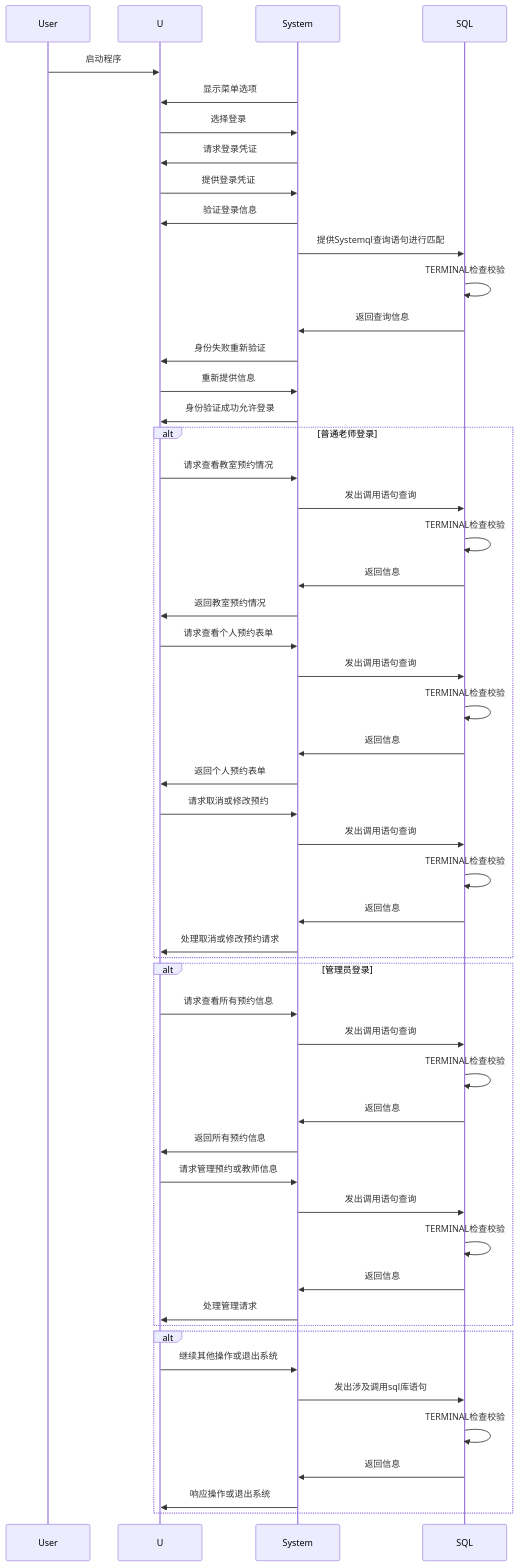
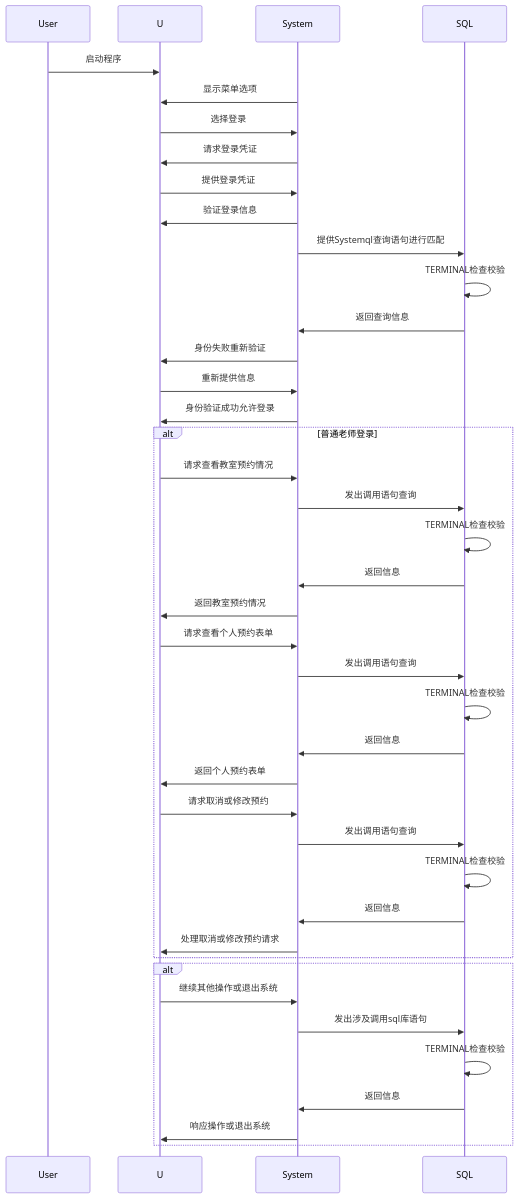
The first of 2 diagrams in README.md (Eternalcommunists/ClassroomBookingSys), drawn with Mermaid before and after one commit. The commit also changed other lines of this file, not shown here.

````diff
--- a/README.md
+++ b/README.md
@@ -15,54 +15,42 @@
 ```mermaid
 sequenceDiagram
 
 
     User->>U: 启动程序
     System->>U: 显示菜单选项
     U->>System: 选择登录
     System->>U: 请求登录凭证
 
     U->>System: 提供登录凭证
     System->>U: 验证登录信息
     System->>SQL:提供Systemql查询语句进行匹配
     SQL->>SQL:TERMINAL检查校验
     SQL->>System:返回查询信息
     System->>U: 身份失败重新验证
     U->>System:重新提供信息
     System->>U: 身份验证成功允许登录
     alt 普通老师登录
         U->>System: 请求查看教室预约情况
         System->>SQL:发出调用语句查询
         SQL->>SQL:TERMINAL检查校验
         SQL->>System:返回信息
         System->>U: 返回教室预约情况
         U->>System: 请求查看个人预约表单
         System->>SQL:发出调用语句查询
         SQL->>SQL:TERMINAL检查校验
         SQL->>System:返回信息
         System->>U: 返回个人预约表单
         U->>System: 请求取消或修改预约
         System->>SQL:发出调用语句查询
         SQL->>SQL:TERMINAL检查校验
         SQL->>System:返回信息
         System->>U: 处理取消或修改预约请求
     end
-    alt 管理员登录
-        U->>System: 请求查看所有预约信息
-        System->>SQL:发出调用语句查询
-        SQL->>SQL:TERMINAL检查校验
-        SQL->>System:返回信息
-        System->>U: 返回所有预约信息
-        U->>System: 请求管理预约或教师信息
-        System->>SQL:发出调用语句查询
-        SQL->>SQL:TERMINAL检查校验
-        SQL->>System:返回信息
-        System->>U: 处理管理请求
-    end
     alt
     U->>System: 继续其他操作或退出系统
     System->>SQL:发出涉及调用sql库语句
     SQL->>SQL:TERMINAL检查校验
     SQL->>System:返回信息
     System->>U: 响应操作或退出系统
     end
 ```
````
